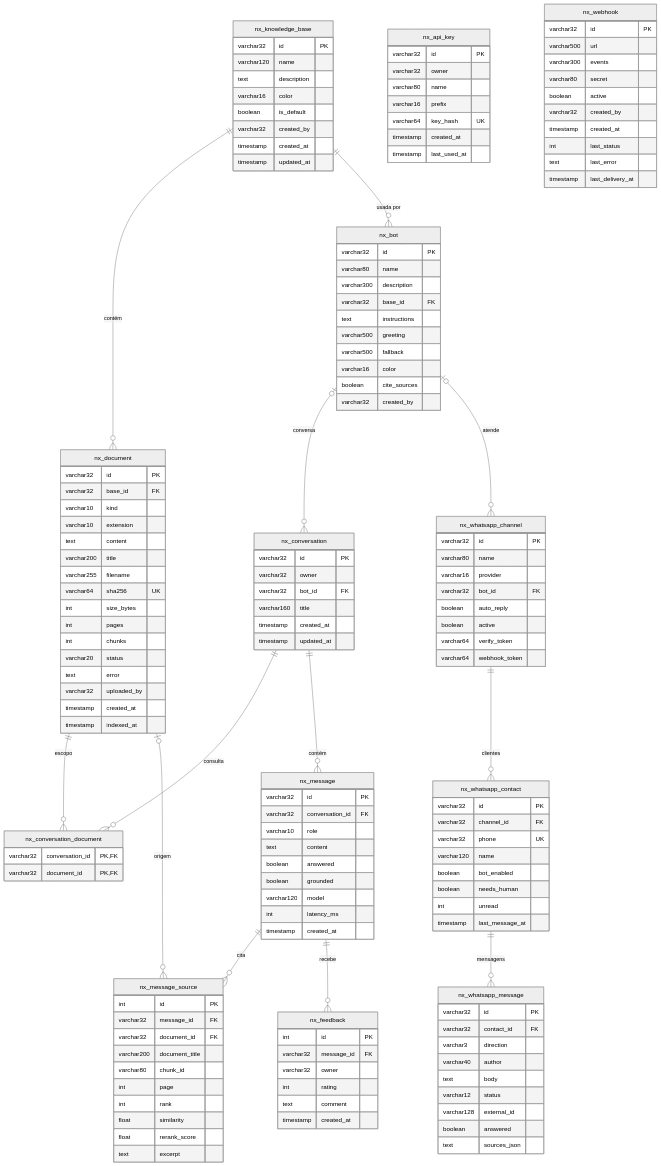
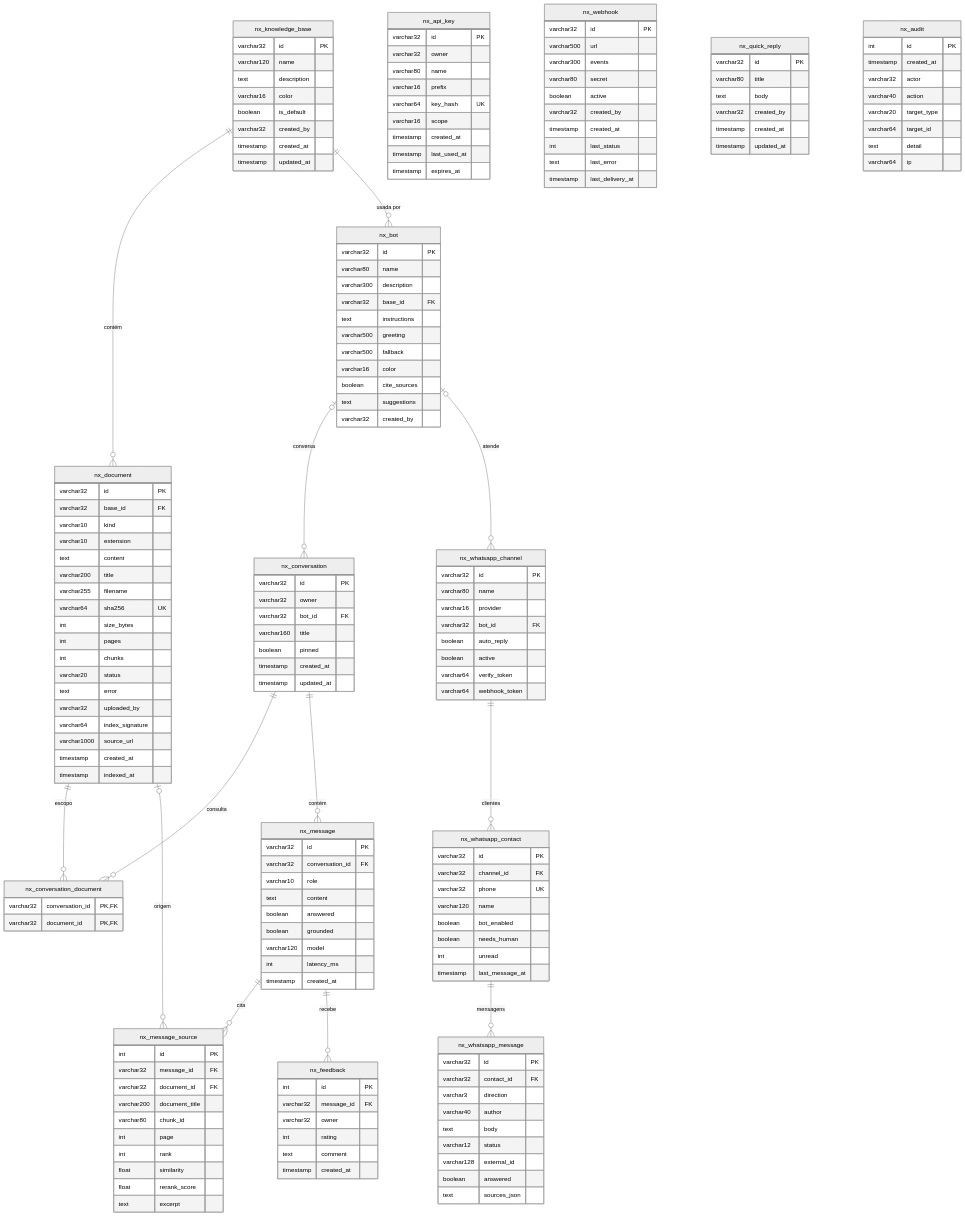
The diagram in docs/banco-de-dados.md (ravelroot/Retrieval-Augmented-QA-System), drawn with Mermaid (neutral theme) before and after one commit. The commit also changed other lines of this file and 108 other files, not shown here.

````diff
--- a/docs/banco-de-dados.md
+++ b/docs/banco-de-dados.md
@@ -47,6 +47,7 @@
         varchar500 fallback
         varchar16 color
         boolean cite_sources
+        text suggestions
         varchar32 created_by
     }
     nx_whatsapp_channel {
@@ -95,6 +96,8 @@
         varchar20 status
         text error
         varchar32 uploaded_by
+        varchar64 index_signature
+        varchar1000 source_url
         timestamp created_at
         timestamp indexed_at
     }
@@ -103,6 +106,7 @@
         varchar32 owner
         varchar32 bot_id FK
         varchar160 title
+        boolean pinned
         timestamp created_at
         timestamp updated_at
     }
@@ -147,8 +151,10 @@
         varchar80 name
         varchar16 prefix
         varchar64 key_hash UK
+        varchar16 scope
         timestamp created_at
         timestamp last_used_at
+        timestamp expires_at
     }
     nx_webhook {
         varchar32 id PK
@@ -162,4 +168,22 @@
         text last_error
         timestamp last_delivery_at
     }
+    nx_quick_reply {
+        varchar32 id PK
+        varchar80 title
+        text body
+        varchar32 created_by
+        timestamp created_at
+        timestamp updated_at
+    }
+    nx_audit {
+        int id PK
+        timestamp created_at
+        varchar32 actor
+        varchar40 action
+        varchar20 target_type
+        varchar64 target_id
+        text detail
+        varchar64 ip
+    }
 ```
````
